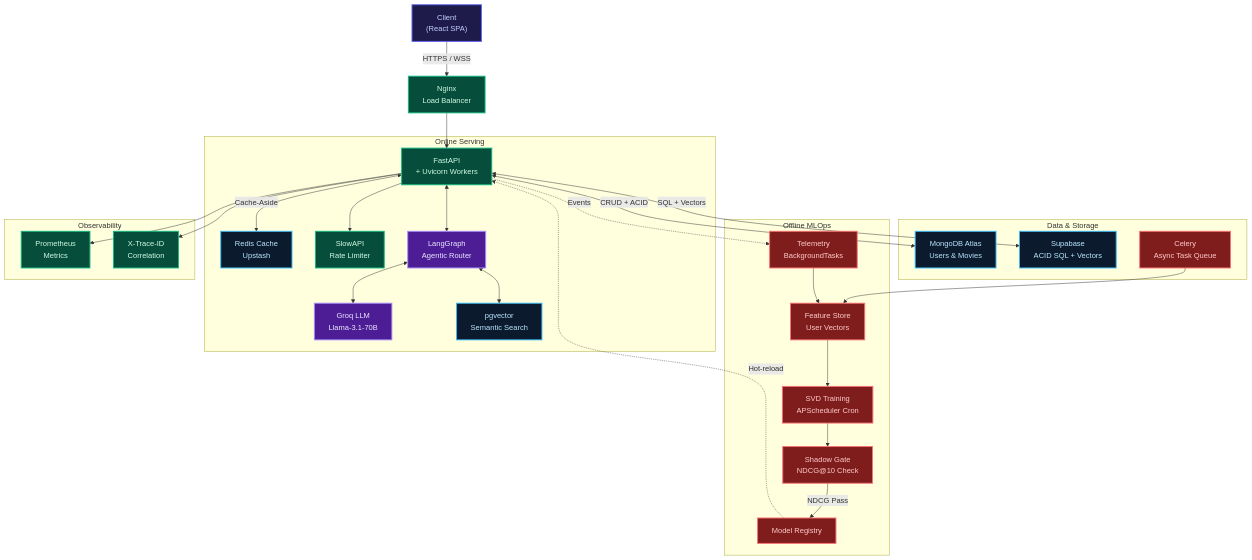
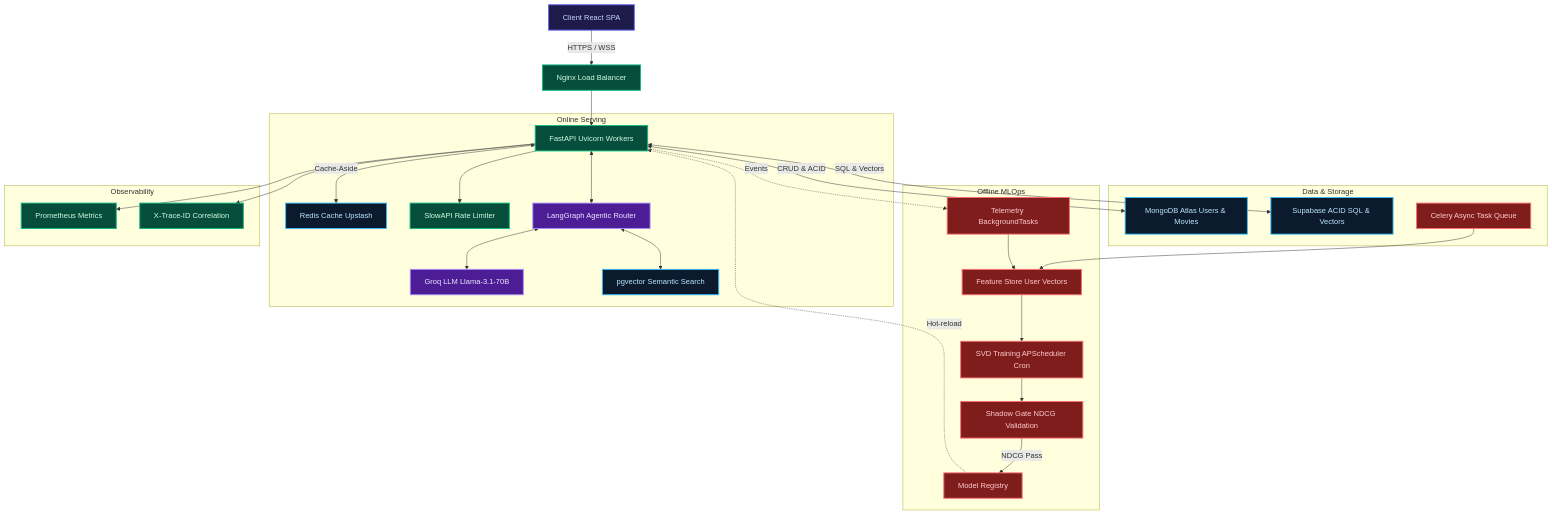
The diagram in README.md (Gaurav711cgu/CineNexuz-Final), drawn with Mermaid before and after one commit. The commit also changed other lines of this file and 8 other files, not shown here.

````diff
--- a/README.md
+++ b/README.md
@@ -156,58 +178,58 @@
 ```mermaid
 graph TD
     classDef client fill:#1e1b4b,stroke:#6366f1,stroke-width:2px,color:#c7d2fe
     classDef api fill:#064e3b,stroke:#10b981,stroke-width:2px,color:#d1fae5
     classDef model fill:#4c1d95,stroke:#a78bfa,stroke-width:2px,color:#ede9fe
     classDef db fill:#0c1a2e,stroke:#38bdf8,stroke-width:2px,color:#bae6fd
     classDef pipeline fill:#7f1d1d,stroke:#f87171,stroke-width:2px,color:#fecaca
 
-    Client["Client\n(React SPA)"]:::client
-    LB["Nginx\nLoad Balancer"]:::api
+    Client["Client React SPA"]:::client
+    LB["Nginx Load Balancer"]:::api
 
     subgraph OnlineLayer["Online Serving"]
-        FastAPI["FastAPI\n+ Uvicorn Workers"]:::api
-        Redis["Redis Cache\nUpstash"]:::db
-        RateLimiter["SlowAPI\nRate Limiter"]:::api
-        LangGraph["LangGraph\nAgentic Router"]:::model
-        Groq["Groq LLM\nLlama-3.1-70B"]:::model
-        PgVector["pgvector\nSemantic Search"]:::db
+        FastAPI["FastAPI Uvicorn Workers"]:::api
+        Redis["Redis Cache Upstash"]:::db
+        RateLimiter["SlowAPI Rate Limiter"]:::api
+        LangGraph["LangGraph Agentic Router"]:::model
+        Groq["Groq LLM Llama-3.1-70B"]:::model
+        PgVector["pgvector Semantic Search"]:::db
     end
 
     subgraph DataLayer["Data & Storage"]
-        MongoDB["MongoDB Atlas\nUsers & Movies"]:::db
-        Supabase["Supabase\nACID SQL + Vectors"]:::db
-        Celery["Celery\nAsync Task Queue"]:::pipeline
+        MongoDB["MongoDB Atlas Users & Movies"]:::db
+        Supabase["Supabase ACID SQL & Vectors"]:::db
+        Celery["Celery Async Task Queue"]:::pipeline
     end
 
     subgraph MLOps["Offline MLOps"]
-        Telemetry["Telemetry\nBackgroundTasks"]:::pipeline
-        FeatureStore["Feature Store\nUser Vectors"]:::pipeline
-        SVDTrain["SVD Training\nAPScheduler Cron"]:::pipeline
-        ShadowGate["Shadow Gate\nNDCG@10 Check"]:::pipeline
+        Telemetry["Telemetry BackgroundTasks"]:::pipeline
+        FeatureStore["Feature Store User Vectors"]:::pipeline
+        SVDTrain["SVD Training APScheduler Cron"]:::pipeline
+        ShadowGate["Shadow Gate NDCG Validation"]:::pipeline
         Registry["Model Registry"]:::pipeline
     end
 
     subgraph Observability["Observability"]
-        Prometheus["Prometheus\nMetrics"]:::api
-        TraceID["X-Trace-ID\nCorrelation"]:::api
+        Prometheus["Prometheus Metrics"]:::api
+        TraceID["X-Trace-ID Correlation"]:::api
     end
 
-    Client -->|HTTPS / WSS| LB
+    Client -->|"HTTPS / WSS"| LB
     LB --> FastAPI
-    FastAPI <-->|Cache-Aside| Redis
-    FastAPI <-->|CRUD + ACID| MongoDB
-    FastAPI <-->|SQL + Vectors| Supabase
+    FastAPI <-->|"Cache-Aside"| Redis
+    FastAPI <-->|"CRUD & ACID"| MongoDB
+    FastAPI <-->|"SQL & Vectors"| Supabase
     FastAPI <--> LangGraph
     FastAPI --> RateLimiter
     LangGraph <--> Groq
     LangGraph <--> PgVector
     FastAPI --> Prometheus
     FastAPI --> TraceID
-    FastAPI -.->|Events| Telemetry
+    FastAPI -.->|"Events"| Telemetry
     Celery --> FeatureStore
     Telemetry --> FeatureStore
     FeatureStore --> SVDTrain
     SVDTrain --> ShadowGate
-    ShadowGate -->|NDCG Pass| Registry
-    Registry -.->|Hot-reload| FastAPI
+    ShadowGate -->|"NDCG Pass"| Registry
+    Registry -.->|"Hot-reload"| FastAPI
 ```
````
